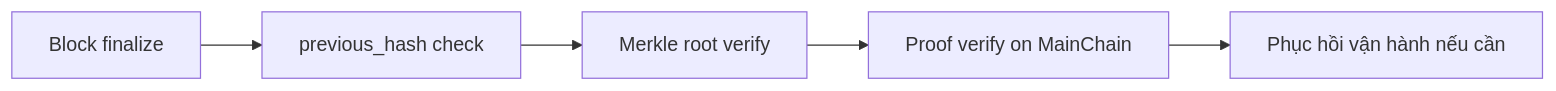
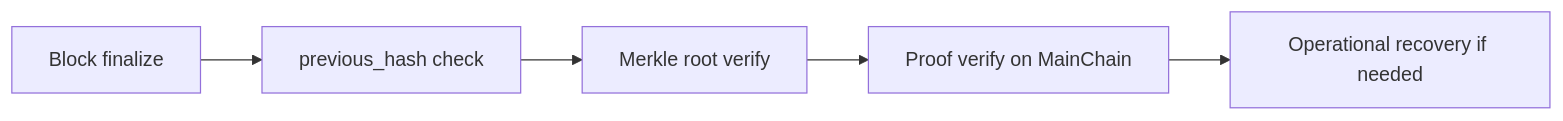
One commit to VanDung-dev/HieraChain changed the diagram in docs/vi/security/fault-tolerance-integrity.md. Above: the diagram before and after it, drawn with Mermaid. The commit also changed other lines of this file and 158 other files, not shown here.

````diff
--- a/docs/vi/security/fault-tolerance-integrity.md
+++ b/docs/vi/security/fault-tolerance-integrity.md
@@ -26,7 +26,7 @@
 ```mermaid
 graph LR
     A[Block finalize] --> B[previous_hash check]
     B --> C[Merkle root verify]
     C --> D[Proof verify on MainChain]
-    D --> E[Phục hồi vận hành nếu cần]
+    D --> E[Operational recovery if needed]
 ```
````
